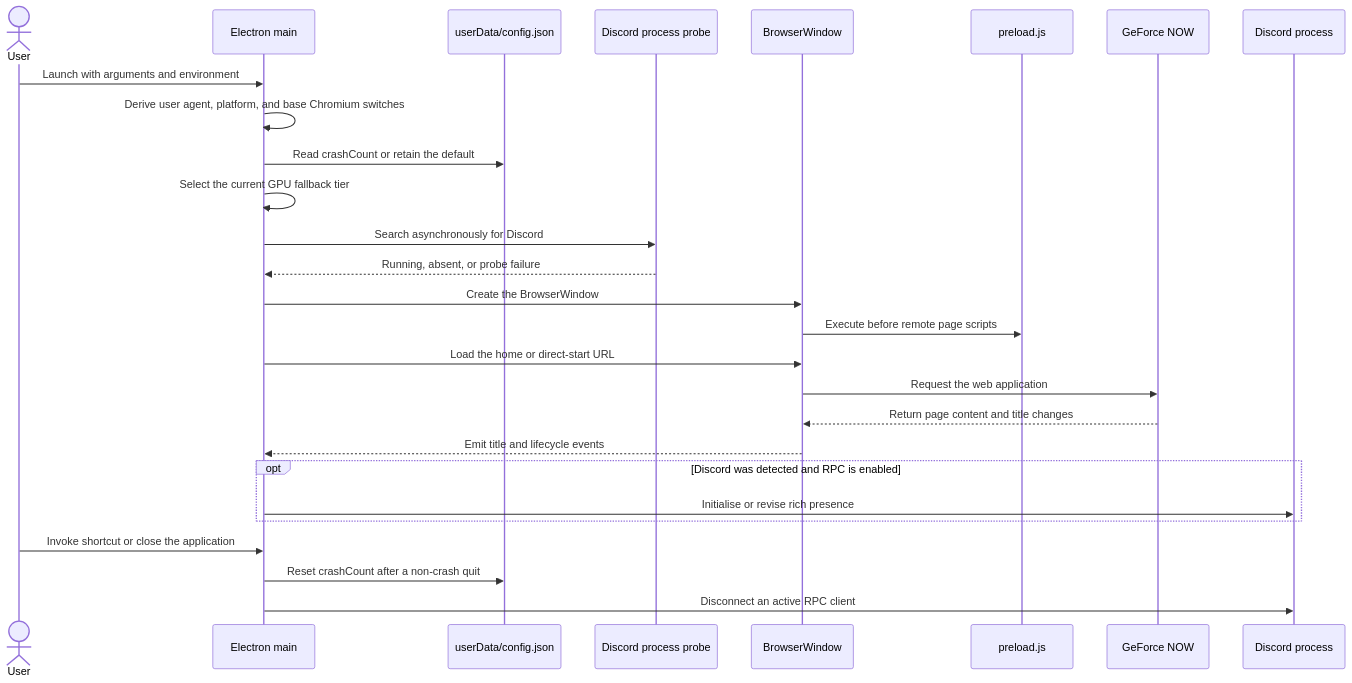
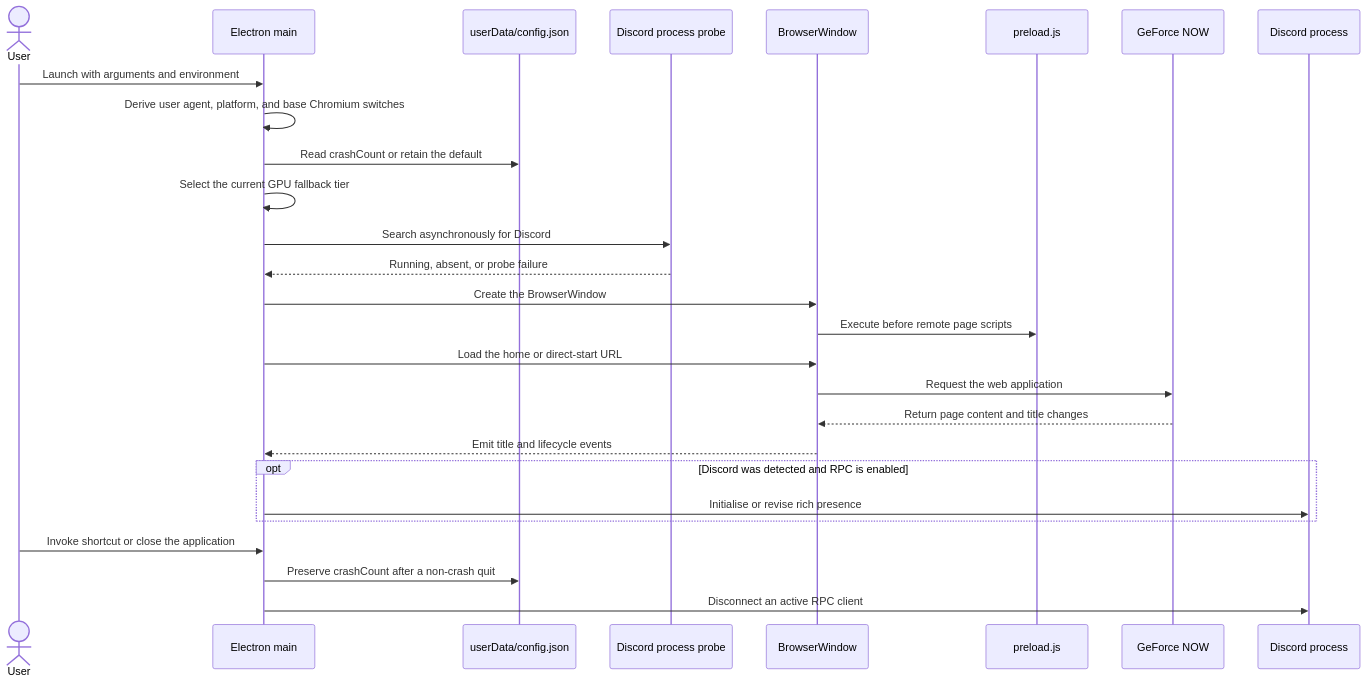
One commit to hmlendea/gfn-electron changed the third of 8 diagrams in ARCHITECTURE.md. Above: the diagram before and after it, drawn with Mermaid. The commit also changed other lines of this file and 2 other files, not shown here.

Commit message:
gpu: Serialise bounded crash recovery state

````diff
--- a/ARCHITECTURE.md
+++ b/ARCHITECTURE.md
@@ -122,30 +122,30 @@
 ```mermaid
 sequenceDiagram
   actor User
   participant Main as Electron main
   participant Config as userData/config.json
   participant Probe as Discord process probe
   participant Window as BrowserWindow
   participant Preload as preload.js
   participant GFN as GeForce NOW
   participant Discord as Discord process
 
   User->>Main: Launch with arguments and environment
   Main->>Main: Derive user agent, platform, and base Chromium switches
   Main->>Config: Read crashCount or retain the default
   Main->>Main: Select the current GPU fallback tier
   Main->>Probe: Search asynchronously for Discord
   Probe-->>Main: Running, absent, or probe failure
   Main->>Window: Create the BrowserWindow
   Window->>Preload: Execute before remote page scripts
   Main->>Window: Load the home or direct-start URL
   Window->>GFN: Request the web application
   GFN-->>Window: Return page content and title changes
   Window-->>Main: Emit title and lifecycle events
   opt Discord was detected and RPC is enabled
     Main->>Discord: Initialise or revise rich presence
   end
   User->>Main: Invoke shortcut or close the application
-  Main->>Config: Reset crashCount after a non-crash quit
+  Main->>Config: Preserve crashCount after a non-crash quit
   Main->>Discord: Disconnect an active RPC client
 ```
````
